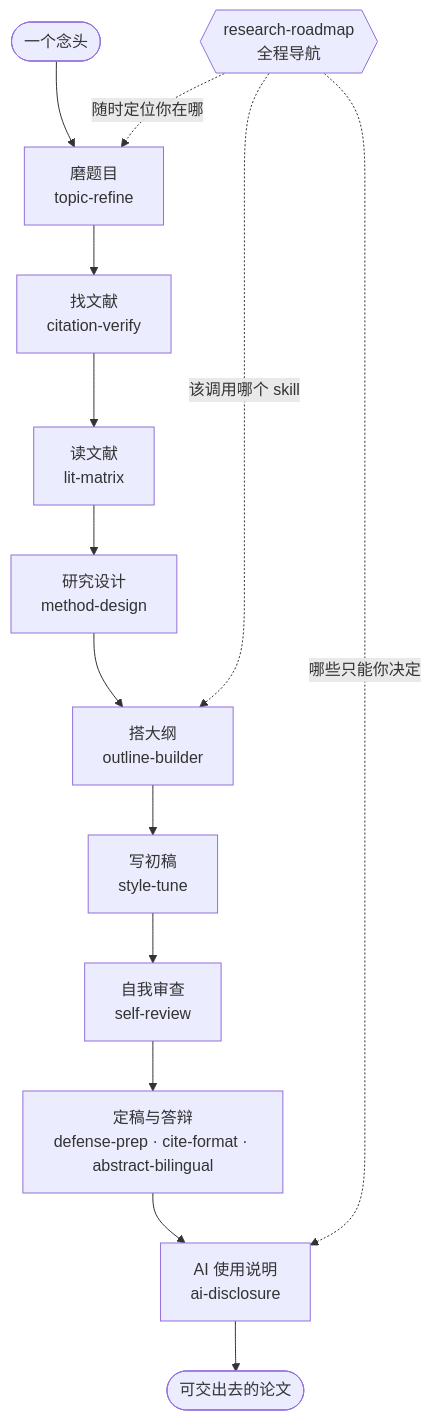
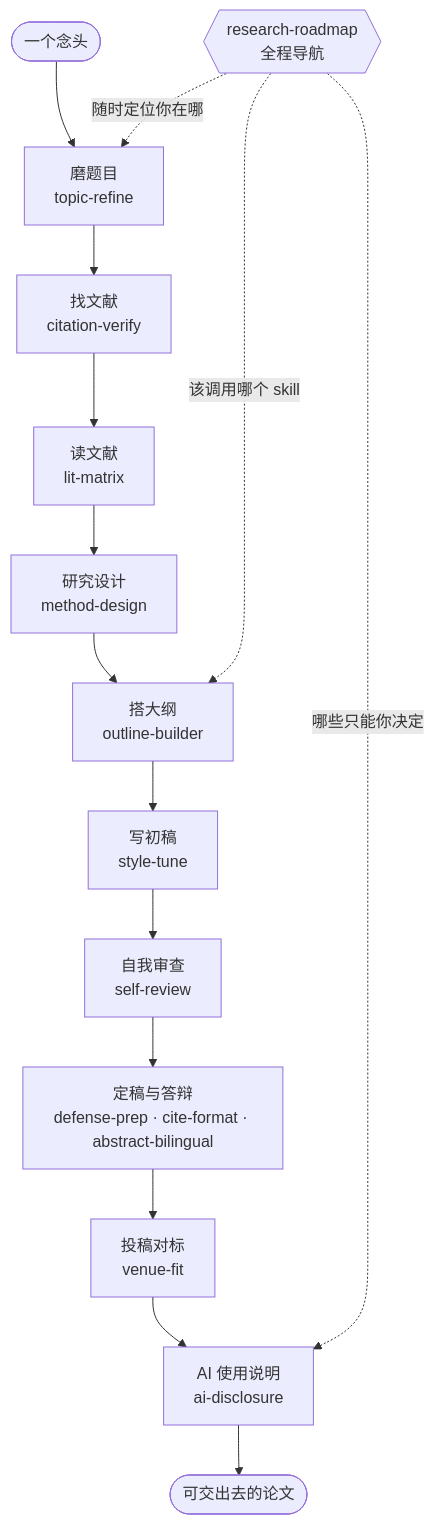
Before and after one commit to DylanChiang-Dev/liberal-arts-research-skills: the diagram in README.zh-CN.md, drawn with Mermaid. The commit also changed other lines of this file and 9 other files, not shown here.

Commit message:
feat: promote venue-fit with real submission case

````diff
--- a/README.zh-CN.md
+++ b/README.zh-CN.md
@@ -50,16 +50,17 @@
 ```mermaid
 flowchart TD
     Start([一个念头]) --> S1[磨题目<br/>topic-refine]
     S1 --> S2[找文献<br/>citation-verify]
     S2 --> S3[读文献<br/>lit-matrix]
     S3 --> S4[研究设计<br/>method-design]
     S4 --> S5[搭大纲<br/>outline-builder]
     S5 --> S6[写初稿<br/>style-tune]
     S6 --> S7[自我审查<br/>self-review]
     S7 --> S8[定稿与答辩<br/>defense-prep · cite-format · abstract-bilingual]
-    S8 --> S9[AI 使用说明<br/>ai-disclosure]
-    S9 --> End([可交出去的论文])
+    S8 --> S9[投稿对标<br/>venue-fit]
+    S9 --> S10[AI 使用说明<br/>ai-disclosure]
+    S10 --> End([可交出去的论文])
     RM{{research-roadmap<br/>全程导航}} -.随时定位你在哪.-> S1
     RM -.该调用哪个 skill.-> S5
-    RM -.哪些只能你决定.-> S9
+    RM -.哪些只能你决定.-> S10
 ```
````
